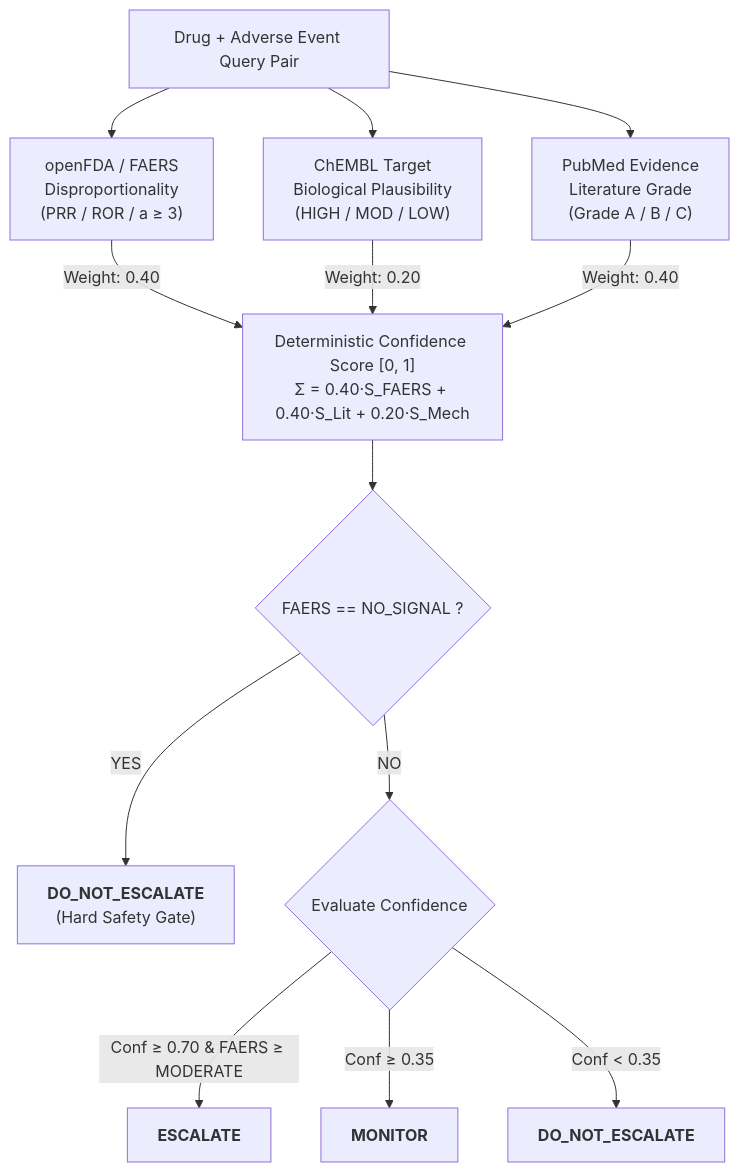
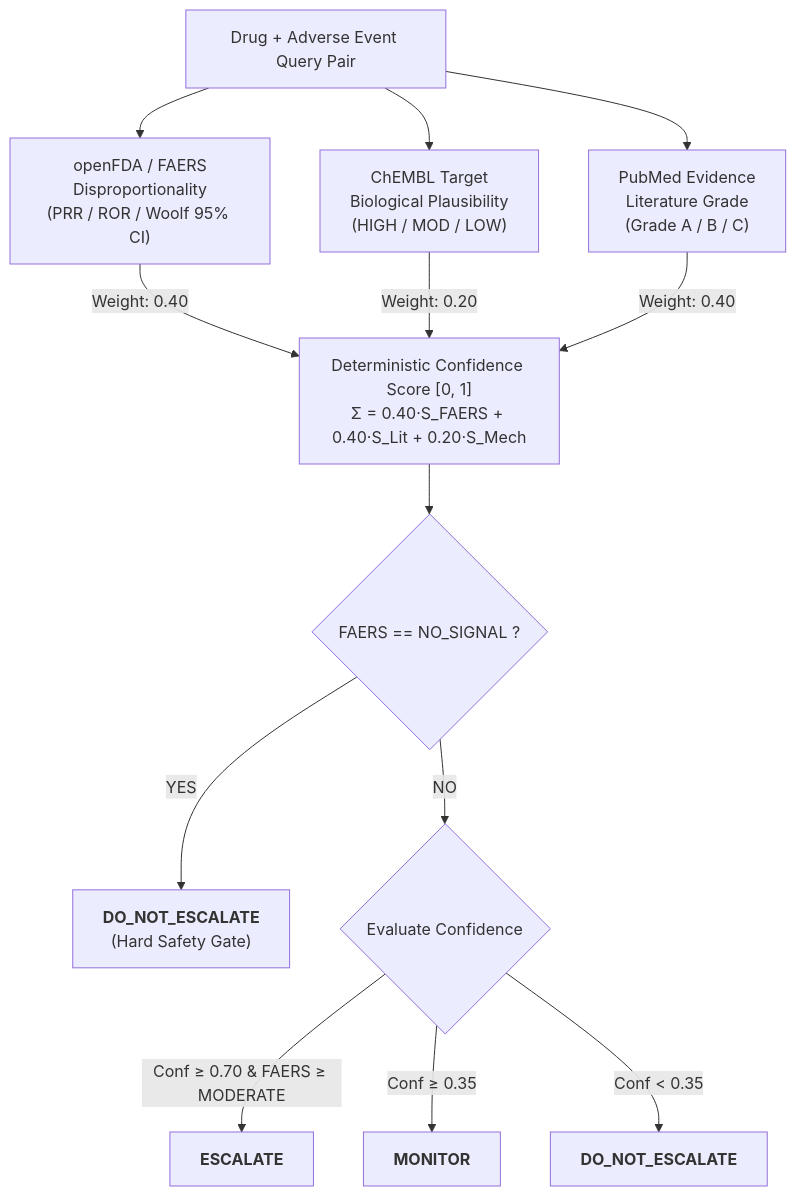
One commit to Krishna200608/PharmaGuard changed the diagram in README.md. Above: the diagram before and after it, drawn with Mermaid. The commit also changed other lines of this file and 4 other files, not shown here.

````diff
--- a/README.md
+++ b/README.md
@@ -46,18 +46,18 @@
 ```mermaid
 flowchart TD
-    QP["Drug + Adverse Event Query Pair"] --> FAERS["openFDA / FAERS<br/>Disproportionality<br/>(PRR / ROR / a ≥ 3)"]
+    QP["Drug + Adverse Event Query Pair"] --> FAERS["openFDA / FAERS<br/>Disproportionality<br/>(PRR / ROR / Woolf 95% CI)"]
     QP --> CHEMBL["ChEMBL Target<br/>Biological Plausibility<br/>(HIGH / MOD / LOW)"]
     QP --> PUBMED["PubMed Evidence<br/>Literature Grade<br/>(Grade A / B / C)"]
 
     FAERS -->|"Weight: 0.40"| CONF["Deterministic Confidence Score [0, 1]<br/>Σ = 0.40·S_FAERS + 0.40·S_Lit + 0.20·S_Mech"]
     CHEMBL -->|"Weight: 0.20"| CONF
     PUBMED -->|"Weight: 0.40"| CONF
 
     CONF --> GATE{"FAERS == NO_SIGNAL ?"}
     GATE -->|"YES"| DNE_GATE["<b>DO_NOT_ESCALATE</b><br/>(Hard Safety Gate)"]
     GATE -->|"NO"| EVAL{"Evaluate Confidence"}
 
     EVAL -->|"Conf ≥ 0.70 & FAERS ≥ MODERATE"| ESC["<b>ESCALATE</b>"]
     EVAL -->|"Conf ≥ 0.35"| MON["<b>MONITOR</b>"]
     EVAL -->|"Conf < 0.35"| DNE["<b>DO_NOT_ESCALATE</b>"]
 ```
````
